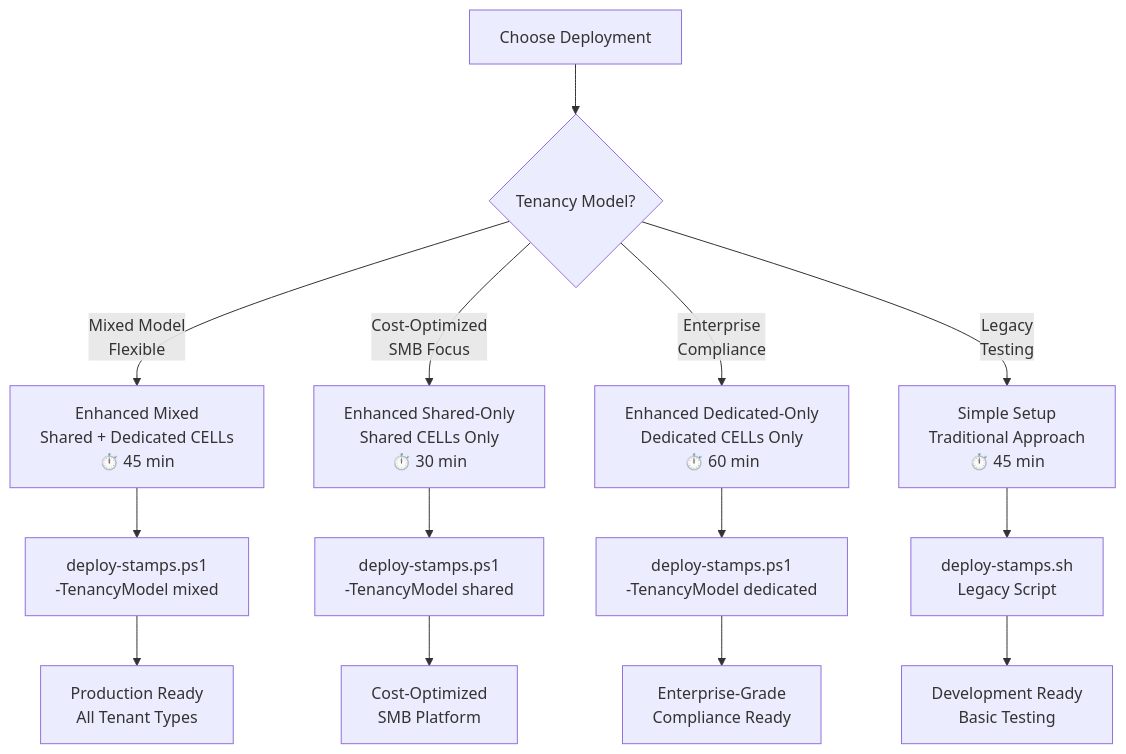
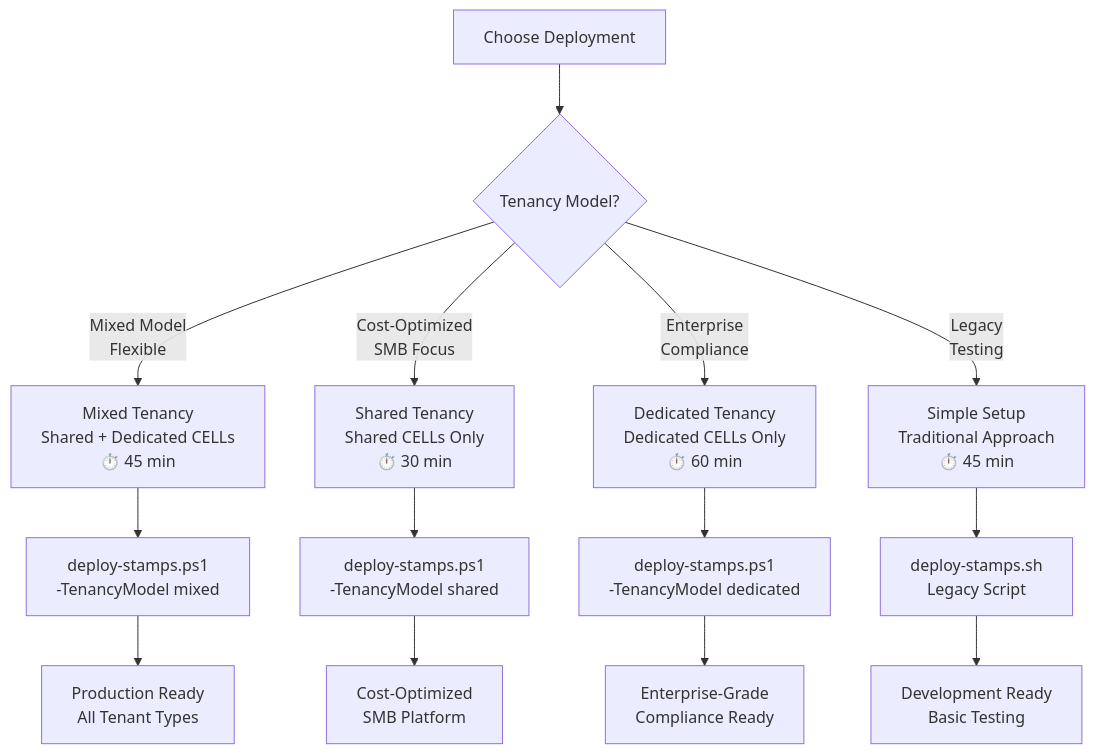
Before and after one commit to srnichols/StampsPattern: the first of 2 diagrams in DEPLOYMENT_GUIDE.md, drawn with Mermaid. The commit also changed other lines of this file and 2 other files, not shown here.

First line of the commit message:
docs: Remove timeline references and baseline language improvements

````diff
--- a/DEPLOYMENT_GUIDE.md
+++ b/DEPLOYMENT_GUIDE.md
@@ -43,16 +43,16 @@
 ```mermaid
 flowchart TD
     A[Choose Deployment] --> B{Tenancy Model?}
-    B -->|Mixed Model<br/>Flexible| C[Enhanced Mixed<br/>Shared + Dedicated CELLs<br/>⏱️ 45 min]
-    B -->|Cost-Optimized<br/>SMB Focus| D[Enhanced Shared-Only<br/>Shared CELLs Only<br/>⏱️ 30 min]
-    B -->|Enterprise<br/>Compliance| E[Enhanced Dedicated-Only<br/>Dedicated CELLs Only<br/>⏱️ 60 min]
+    B -->|Mixed Model<br/>Flexible| C[Mixed Tenancy<br/>Shared + Dedicated CELLs<br/>⏱️ 45 min]
+    B -->|Cost-Optimized<br/>SMB Focus| D[Shared Tenancy<br/>Shared CELLs Only<br/>⏱️ 30 min]
+    B -->|Enterprise<br/>Compliance| E[Dedicated Tenancy<br/>Dedicated CELLs Only<br/>⏱️ 60 min]
     B -->|Legacy<br/>Testing| F[Simple Setup<br/>Traditional Approach<br/>⏱️ 45 min]
     C --> G[deploy-stamps.ps1<br/>-TenancyModel mixed]
     D --> H[deploy-stamps.ps1<br/>-TenancyModel shared]
     E --> I[deploy-stamps.ps1<br/>-TenancyModel dedicated]
     F --> J[deploy-stamps.sh<br/>Legacy Script]
     G --> K[Production Ready<br/>All Tenant Types]
     H --> L[Cost-Optimized<br/>SMB Platform]
     I --> M[Enterprise-Grade<br/>Compliance Ready]
     J --> N[Development Ready<br/>Basic Testing]
 ```
````
